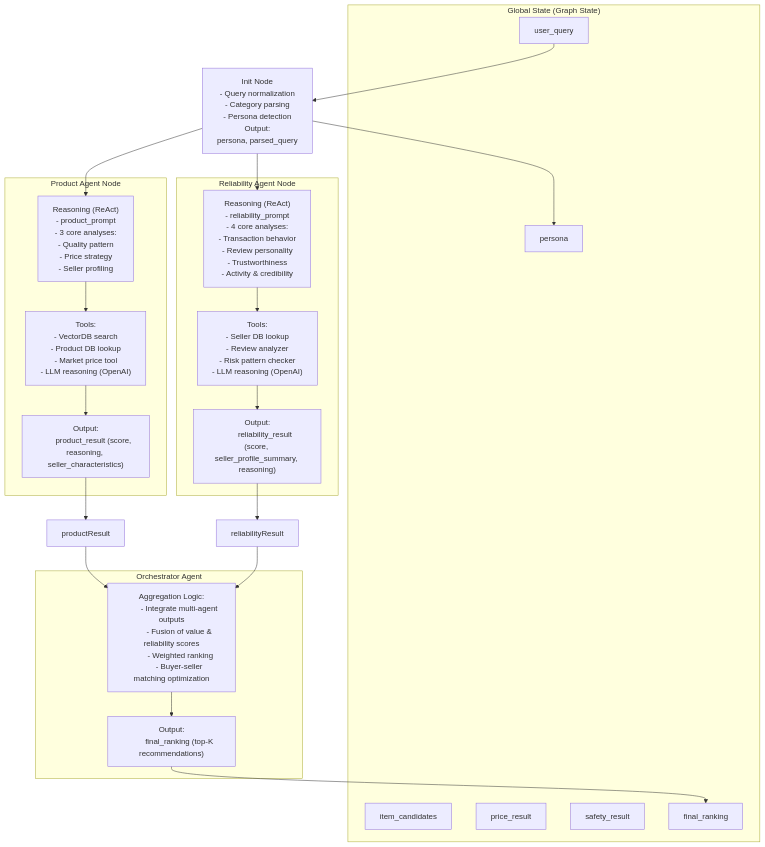
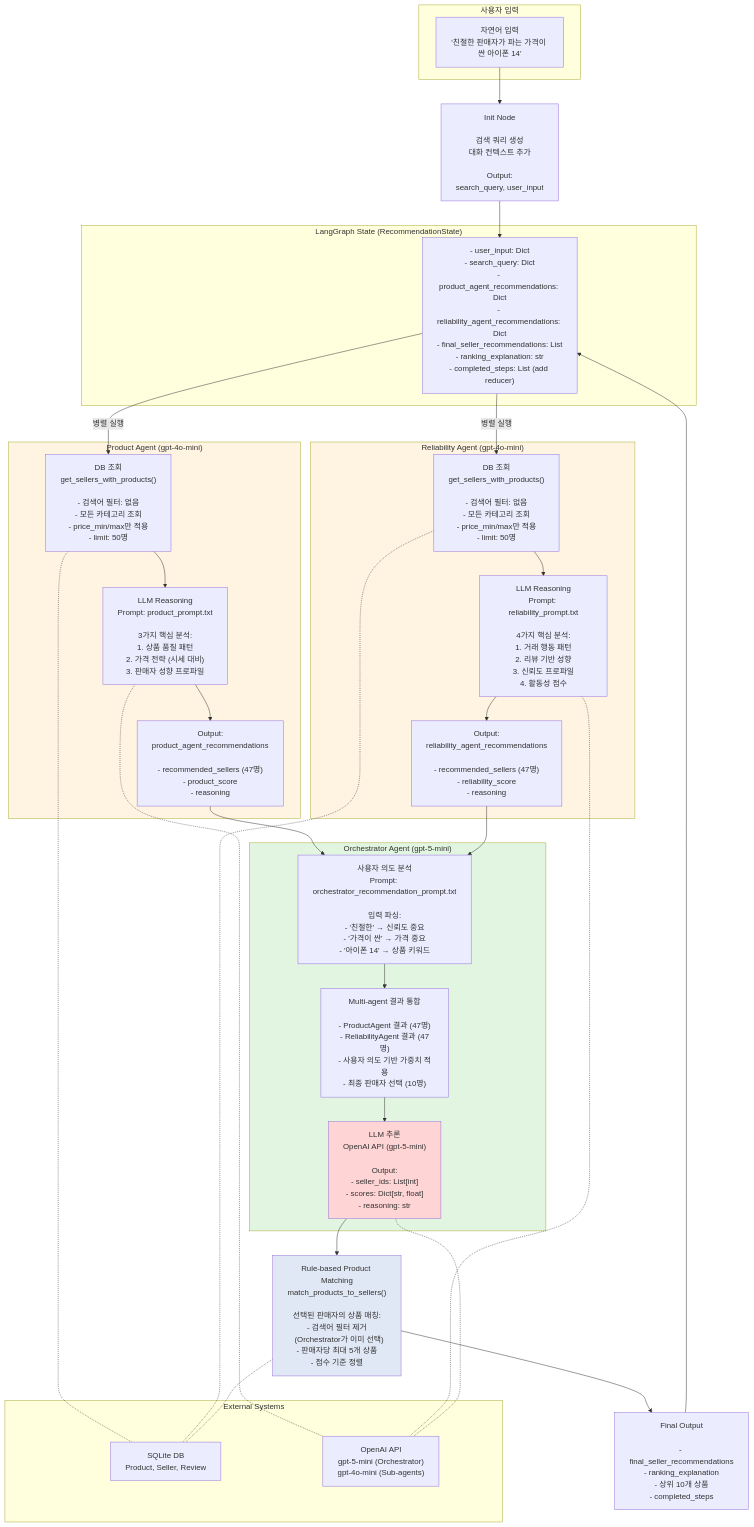
The diagram in Agent Workflow.mmd (leeeeese/ReCo), drawn with Mermaid before and after one commit. The commit also changed 19 other files, not shown here.

```diff
--- a/Agent Workflow.mmd
+++ b/Agent Workflow.mmd
@@ -1,92 +1,114 @@
 flowchart TB
 
     %% =======================
-    %% 1) INPUT & SHARED STATE
+    %% 1) USER INPUT & STATE
     %% =======================
-    subgraph SharedState["Global State (Graph State)"]
-        userQuery["user_query"]
-        persona["persona"]
-        itemCandidates["item_candidates"]
-        priceResult["price_result"]
-        safetyResult["safety_result"]
-        finalRanking["final_ranking"]
+    subgraph Input["사용자 입력"]
+        userInput["자연어 입력<br/>'친절한 판매자가 파는 가격이 싼 아이폰 14'"]
+    end
+
+    subgraph SharedState["LangGraph State (RecommendationState)"]
+        stateFields["- user_input: Dict<br/>- search_query: Dict<br/>- product_agent_recommendations: Dict<br/>- reliability_agent_recommendations: Dict<br/>- final_seller_recommendations: List<br/>- ranking_explanation: str<br/>- completed_steps: List (add reducer)"]
     end
 
     %% =======================
     %% 2) INIT NODE
     %% =======================
-    initNode["Init Node
-    - Query normalization
-    - Category parsing
-    - Persona detection
-    Output:
-      persona, parsed_query"]
+    initNode["Init Node<br/><br/>검색 쿼리 생성<br/>대화 컨텍스트 추가<br/><br/>Output:<br/>search_query, user_input"]
 
     %% =======================
-    %% 3) PRODUCT AGENT
+    %% 3) PRODUCT AGENT (병렬)
     %% =======================
-    subgraph ProductAgent["Product Agent Node"]
-        productReason["Reasoning (ReAct)
-        - product_prompt
-        - 3 core analyses:
-          - Quality pattern
-          - Price strategy
-          - Seller profiling"]
-        productTools["Tools:
-        - VectorDB search
-        - Product DB lookup
-        - Market price tool
-        - LLM reasoning (OpenAI)"]
-        productOutput["Output:
-        product_result (score, reasoning, seller_characteristics)"]
+    subgraph ProductAgent["Product Agent (gpt-4o-mini)"]
+        productReason["LLM Reasoning<br/>Prompt: product_prompt.txt<br/><br/>3가지 핵심 분석:<br/>1. 상품 품질 패턴<br/>2. 가격 전략 (시세 대비)<br/>3. 판매자 성향 프로파일"]
+        
+        productDB["DB 조회<br/>get_sellers_with_products()<br/><br/>- 검색어 필터: 없음<br/>- 모든 카테고리 조회<br/>- price_min/max만 적용<br/>- limit: 50명"]
+        
+        productOutput["Output:<br/>product_agent_recommendations<br/><br/>- recommended_sellers (47명)<br/>- product_score<br/>- reasoning"]
     end
 
     %% =======================
-    %% 4) RELIABILITY AGENT
+    %% 4) RELIABILITY AGENT (병렬)
     %% =======================
-    subgraph ReliabilityAgent["Reliability Agent Node"]
-        reliabilityReason["Reasoning (ReAct)
-        - reliability_prompt
-        - 4 core analyses:
-          - Transaction behavior
-          - Review personality
-          - Trustworthiness
-          - Activity & credibility"]
-        reliabilityTools["Tools:
-        - Seller DB lookup
-        - Review analyzer
-        - Risk pattern checker
-        - LLM reasoning (OpenAI)"]
-        reliabilityOutput["Output:
-        reliability_result (score, seller_profile_summary, reasoning)"]
+    subgraph ReliabilityAgent["Reliability Agent (gpt-4o-mini)"]
+        reliabilityReason["LLM Reasoning<br/>Prompt: reliability_prompt.txt<br/><br/>4가지 핵심 분석:<br/>1. 거래 행동 패턴<br/>2. 리뷰 기반 성향<br/>3. 신뢰도 프로파일<br/>4. 활동성 점수"]
+        
+        reliabilityDB["DB 조회<br/>get_sellers_with_products()<br/><br/>- 검색어 필터: 없음<br/>- 모든 카테고리 조회<br/>- price_min/max만 적용<br/>- limit: 50명"]
+        
+        reliabilityOutput["Output:<br/>reliability_agent_recommendations<br/><br/>- recommended_sellers (47명)<br/>- reliability_score<br/>- reasoning"]
     end
 
     %% =======================
     %% 5) ORCHESTRATOR AGENT
     %% =======================
-    subgraph Orchestrator["Orchestrator Agent"]
-        mergeNode["Aggregation Logic:
-        - Integrate multi-agent outputs
-        - Fusion of value & reliability scores
-        - Weighted ranking
-        - Buyer-seller matching optimization"]
-        finalOutput["Output:
-        final_ranking (top-K recommendations)"]
+    subgraph Orchestrator["Orchestrator Agent (gpt-5-mini)"]
+        orchestratorAnalysis["사용자 의도 분석<br/>Prompt: orchestrator_recommendation_prompt.txt<br/><br/>입력 파싱:<br/>- '친절한' → 신뢰도 중요<br/>- '가격이 싼' → 가격 중요<br/>- '아이폰 14' → 상품 키워드"]
+        
+        orchestratorFusion["Multi-agent 결과 통합<br/><br/>- ProductAgent 결과 (47명)<br/>- ReliabilityAgent 결과 (47명)<br/>- 사용자 의도 기반 가중치 적용<br/>- 최종 판매자 선택 (10명)"]
+        
+        orchestratorLLM["LLM 추론<br/>OpenAI API (gpt-5-mini)<br/><br/>Output:<br/>- seller_ids: List[int]<br/>- scores: Dict[str, float]<br/>- reasoning: str"]
     end
+
+    %% =======================
+    %% 6) RULE-BASED MATCHING
+    %% =======================
+    ruleMatch["Rule-based Product Matching<br/>match_products_to_sellers()<br/><br/>선택된 판매자의 상품 매칭:<br/>- 검색어 필터 제거<br/>  (Orchestrator가 이미 선택)<br/>- 판매자당 최대 5개 상품<br/>- 점수 기준 정렬"]
+
+    %% =======================
+    %% 7) FINAL OUTPUT
+    %% =======================
+    finalOutput["Final Output<br/><br/>- final_seller_recommendations<br/>- ranking_explanation<br/>- 상위 10개 상품<br/>- completed_steps"]
 
     %% =======================
     %% DATA FLOW
     %% =======================
+    
+    userInput --> initNode
+    initNode --> stateFields
+    
+    stateFields -- "병렬 실행" --> productDB
+    stateFields -- "병렬 실행" --> reliabilityDB
+    
+    productDB --> productReason
+    reliabilityDB --> reliabilityReason
+    
+    productReason --> productOutput
+    reliabilityReason --> reliabilityOutput
+    
+    productOutput --> orchestratorAnalysis
+    reliabilityOutput --> orchestratorAnalysis
+    
+    orchestratorAnalysis --> orchestratorFusion
+    orchestratorFusion --> orchestratorLLM
+    
+    orchestratorLLM --> ruleMatch
+    ruleMatch --> finalOutput
+    
+    finalOutput --> stateFields
 
-    userQuery --> initNode --> persona
-
-    initNode --> productReason
-    initNode --> reliabilityReason
-
-    productReason --> productTools --> productOutput --> productResult
-    reliabilityReason --> reliabilityTools --> reliabilityOutput --> reliabilityResult
-
-    productResult --> mergeNode
-    reliabilityResult --> mergeNode
-
-    mergeNode --> finalOutput --> finalRanking
+    %% =======================
+    %% EXTERNAL DEPENDENCIES
+    %% =======================
+    
+    subgraph External["External Systems"]
+        sqlite["SQLite DB<br/>Product, Seller, Review"]
+        openai["OpenAI API<br/>gpt-5-mini (Orchestrator)<br/>gpt-4o-mini (Sub-agents)"]
+    end
+    
+    productDB -.- sqlite
+    reliabilityDB -.- sqlite
+    ruleMatch -.- sqlite
+    
+    productReason -.- openai
+    reliabilityReason -.- openai
+    orchestratorLLM -.- openai
+    
+    %% =======================
+    %% STYLING
+    %% =======================
+    
+    style Orchestrator fill:#e1f5e1
+    style ProductAgent fill:#fff4e1
+    style ReliabilityAgent fill:#fff4e1
+    style orchestratorLLM fill:#ffd4d4
+    style ruleMatch fill:#e1e8f5
```
